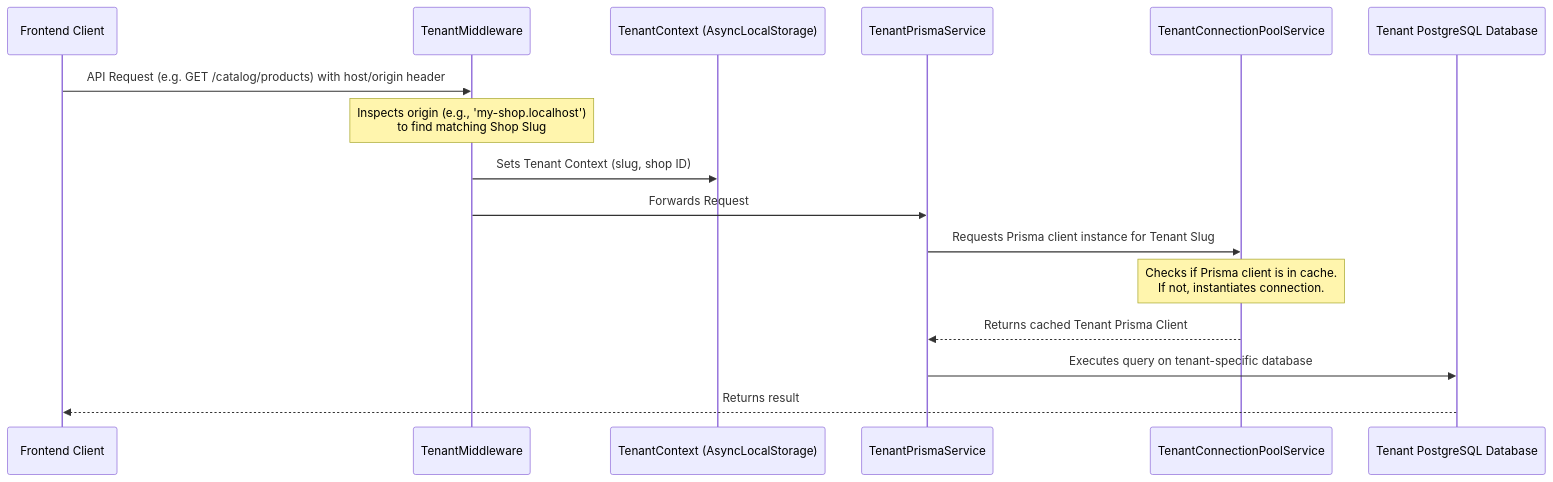
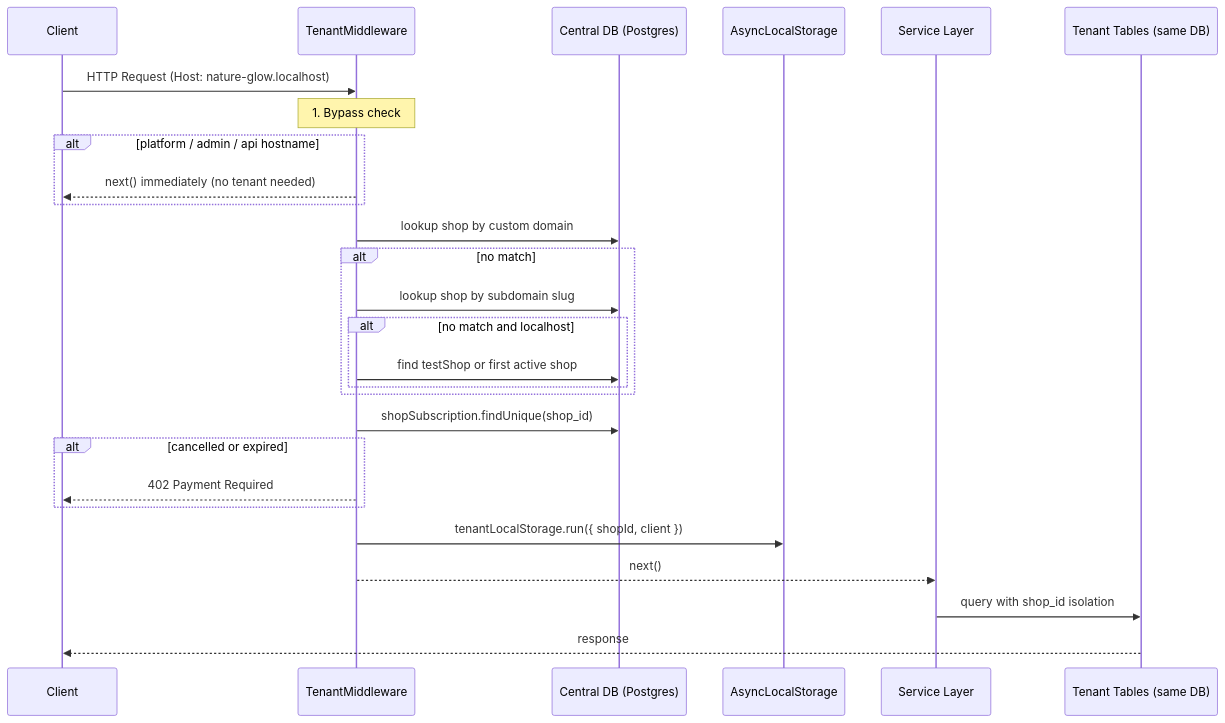
One commit to theaftabsk/gooak changed the first of 4 diagrams in backend/ARCHITECTURE.md. Above: the diagram before and after it, drawn with Mermaid. The commit also changed other lines of this file and 58 other files, not shown here.

First line of the commit message:
feat(super-admin): Implement super-admin dashboard with API client and permission model

````diff
--- a/backend/ARCHITECTURE.md
+++ b/backend/ARCHITECTURE.md
@@ -31,19 +42,35 @@
 ```mermaid
 sequenceDiagram
-    participant Client as Frontend Client
-    participant Mid as TenantMiddleware
-    participant Context as TenantContext (AsyncLocalStorage)
-    participant Service as TenantPrismaService
-    participant Pool as TenantConnectionPoolService
-    participant DB as Tenant PostgreSQL Database
+    participant C as Client
+    participant M as TenantMiddleware
+    participant DB as Central DB (Postgres)
+    participant ALS as AsyncLocalStorage
+    participant S as Service Layer
+    participant TDB as Tenant Tables (same DB)
 
-    Client->>Mid: API Request (e.g. GET /catalog/products) with host/origin header
-    Note over Mid: Inspects origin (e.g., 'my-shop.localhost')<br/>to find matching Shop Slug
-    Mid->>Context: Sets Tenant Context (slug, shop ID)
-    Mid->>Service: Forwards Request
-    Service->>Pool: Requests Prisma client instance for Tenant Slug
-    Note over Pool: Checks if Prisma client is in cache.<br/>If not, instantiates connection.
-    Pool-->>Service: Returns cached Tenant Prisma Client
-    Service->>DB: Executes query on tenant-specific database
-    DB-->>Client: Returns result
+    C->>M: HTTP Request (Host: nature-glow.localhost)
+
+    Note over M: 1. Bypass check
+    alt platform / admin / api hostname
+        M-->>C: next() immediately (no tenant needed)
+    end
+
+    M->>DB: lookup shop by custom domain
+    alt no match
+        M->>DB: lookup shop by subdomain slug
+        alt no match and localhost
+            M->>DB: find testShop or first active shop
+        end
+    end
+
+    M->>DB: shopSubscription.findUnique(shop_id)
+    alt cancelled or expired
+        M-->>C: 402 Payment Required
+    end
+
+    M->>ALS: tenantLocalStorage.run({ shopId, client })
+    M-->>S: next()
+
+    S->>TDB: query with shop_id isolation
+    TDB-->>C: response
 ```
````
